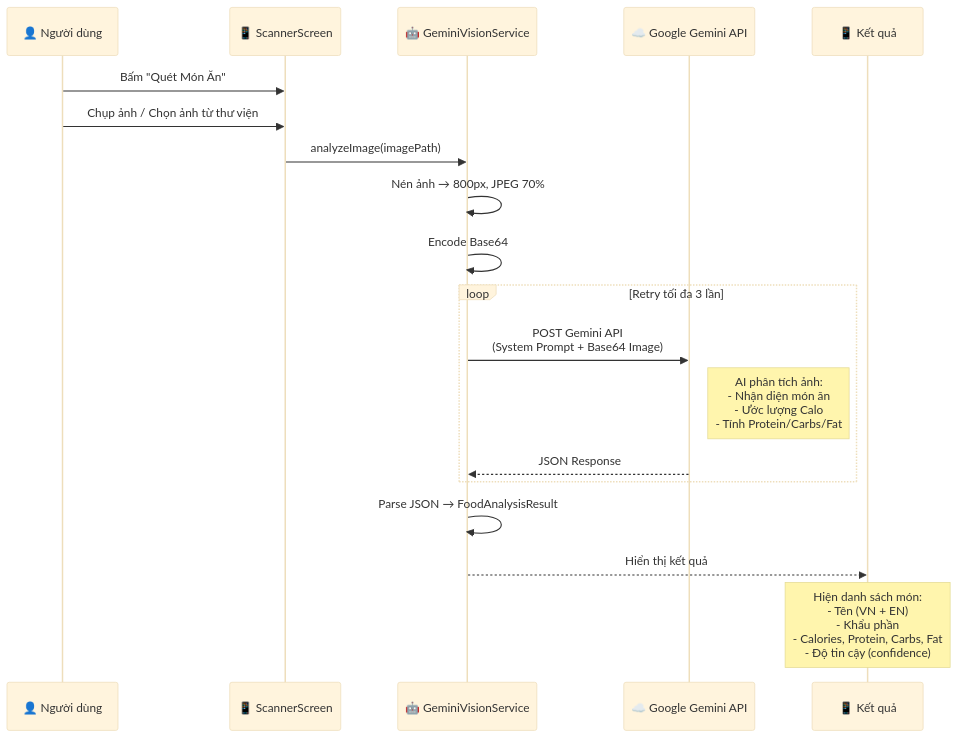
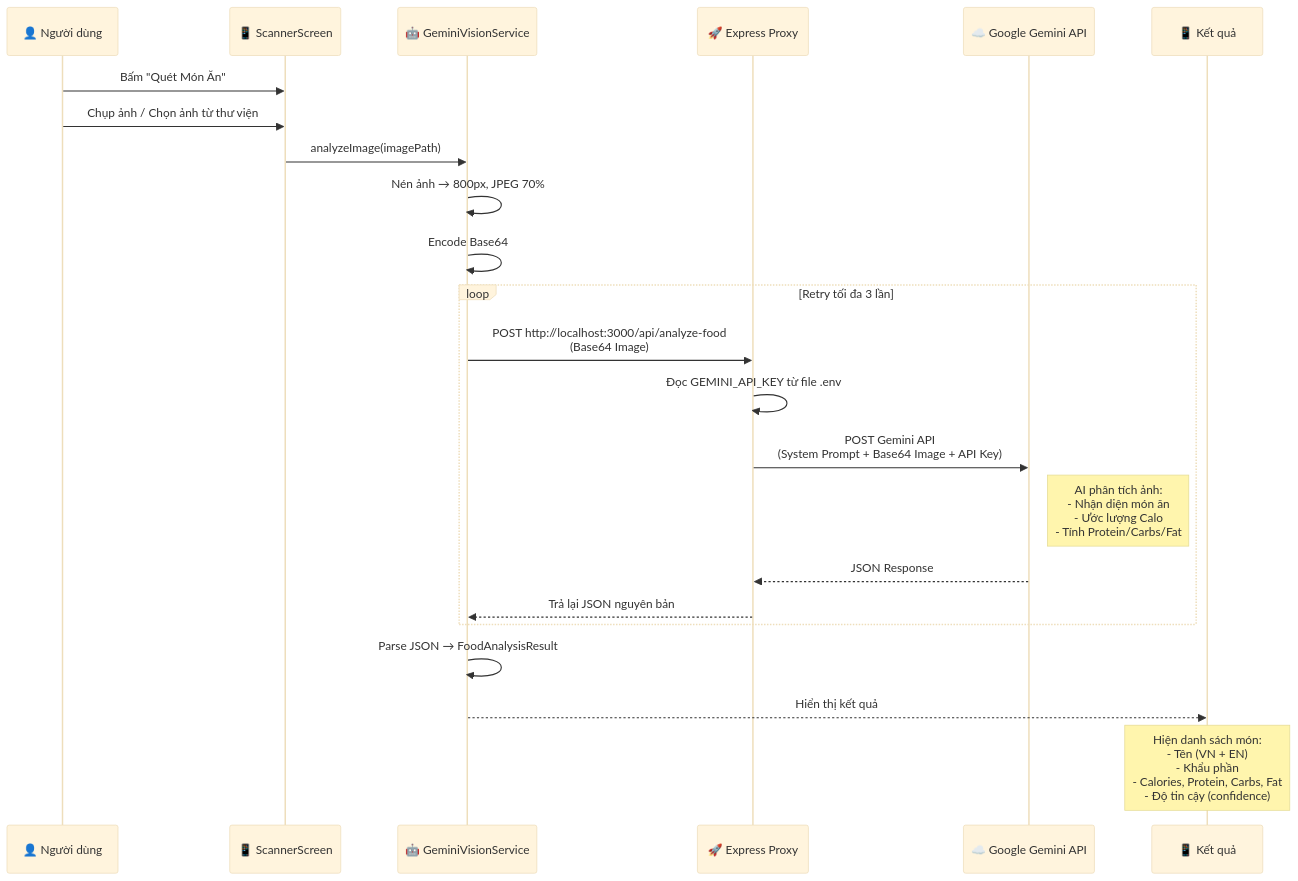
The seventh of 9 diagrams in docs/SYSTEM_ARCHITECTURE.md (trangkhanh-ai/Calories-Tracking-App), drawn with Mermaid (base theme) before and after one commit. The commit also changed other lines of this file, not shown here.

Commit message:
docs: update system architecture to reflect Express proxy and Isar migration

````diff
--- a/docs/SYSTEM_ARCHITECTURE.md
+++ b/docs/SYSTEM_ARCHITECTURE.md
@@ -256,26 +261,30 @@
 ```mermaid
 sequenceDiagram
     participant U as 👤 Người dùng
     participant F as 📱 ScannerScreen
     participant SVC as 🤖 GeminiVisionService
+    participant PROXY as 🚀 Express Proxy
     participant AI as ☁️ Google Gemini API
     participant F2 as 📱 Kết quả
 
     U->>F: Bấm "Quét Món Ăn"
     U->>F: Chụp ảnh / Chọn ảnh từ thư viện
 
     F->>SVC: analyzeImage(imagePath)
     SVC->>SVC: Nén ảnh → 800px, JPEG 70%
     SVC->>SVC: Encode Base64
 
     loop Retry tối đa 3 lần
-        SVC->>AI: POST Gemini API<br/>(System Prompt + Base64 Image)
+        SVC->>PROXY: POST http://localhost:3000/api/analyze-food<br/>(Base64 Image)
+        PROXY->>PROXY: Đọc GEMINI_API_KEY từ file .env
+        PROXY->>AI: POST Gemini API<br/>(System Prompt + Base64 Image + API Key)
         Note right of AI: AI phân tích ảnh:<br/>- Nhận diện món ăn<br/>- Ước lượng Calo<br/>- Tính Protein/Carbs/Fat
-        AI-->>SVC: JSON Response
+        AI-->>PROXY: JSON Response
+        PROXY-->>SVC: Trả lại JSON nguyên bản
     end
 
     SVC->>SVC: Parse JSON → FoodAnalysisResult
     SVC-->>F2: Hiển thị kết quả
 
     Note over F2: Hiện danh sách món:<br/>- Tên (VN + EN)<br/>- Khẩu phần<br/>- Calories, Protein, Carbs, Fat<br/>- Độ tin cậy (confidence)
 ```
````
